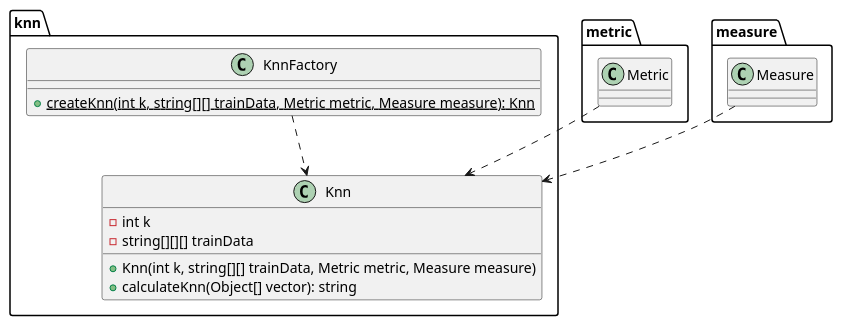
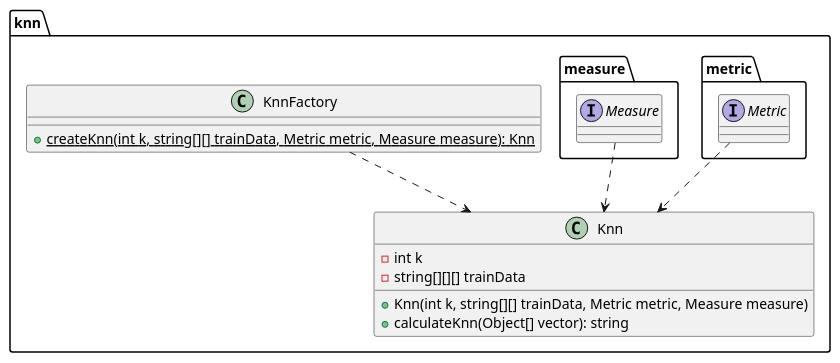
One commit to kambed/Computer-Recognition-Systems changed the seventh of 10 diagrams in README.md. Above: the diagram before and after it, drawn with PlantUML.

Commit message:
Move metric and measure package inside knn

````diff
--- a/README.md
+++ b/README.md
@@ -307,20 +307,23 @@
 ```plantuml
 package knn {
     class Knn {
         - int k
         - string[][][] trainData
         + Knn(int k, string[][] trainData, Metric metric, Measure measure)
         + calculateKnn(Object[] vector): string
     }
     class KnnFactory {
         + {static} createKnn(int k, string[][] trainData, Metric metric, Measure measure): Knn
     }
    KnnFactory ..> Knn
-}
-package metric {
-    Metric ..> Knn
-}
-package measure {
-    Measure ..> Knn
+   
+    package metric {
+        interface Metric
+        Metric ..> Knn
+    }
+    package measure {
+        interface Measure
+        Measure ..> Knn
+    }
 }
 ```
````
